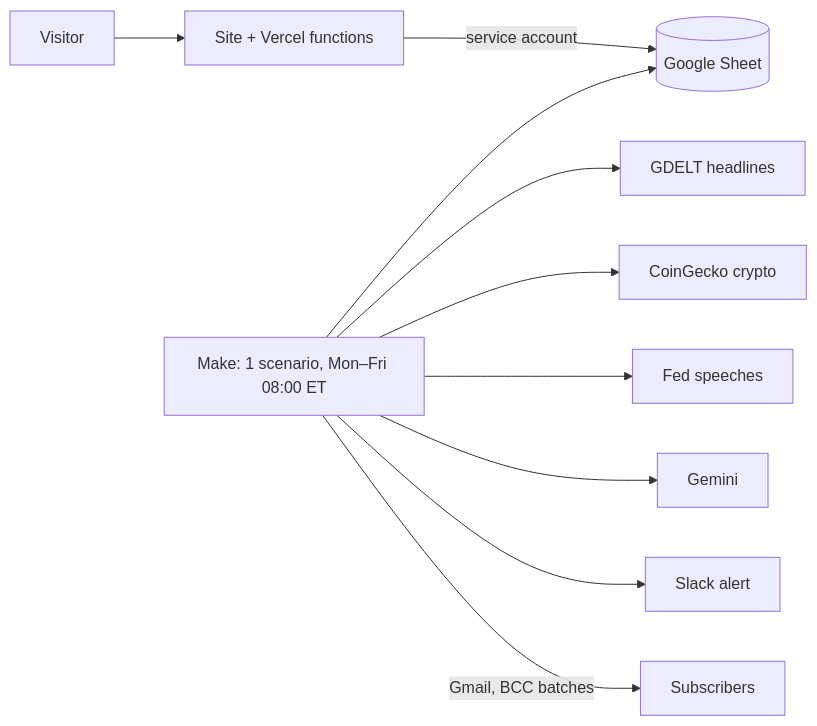
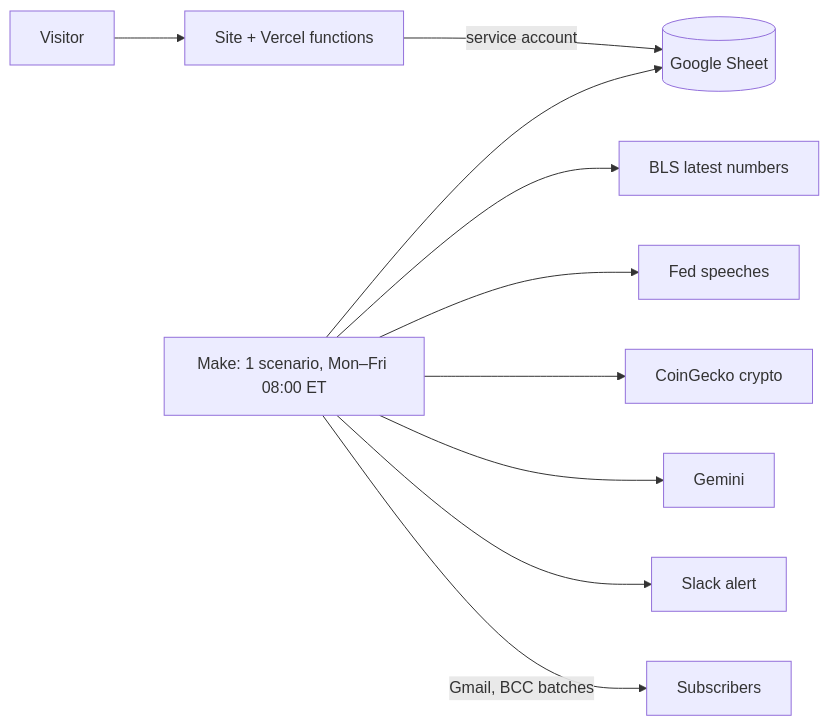
The diagram in README.md (notm33na/morningmarket), drawn with Mermaid before and after one commit. The commit also changed other lines of this file and 26 other files, not shown here.

First line of the commit message:
Redesign as Fed, BLS data and crypto brief (no headlines)

````diff
--- a/README.md
+++ b/README.md
@@ -25,7 +27,7 @@
 ```mermaid
 flowchart LR
   V[Visitor] --> S[Site + Vercel functions] -->|service account| G[(Google Sheet)]
   M[Make: 1 scenario, Mon–Fri 08:00 ET] --> G
-  M --> N[GDELT headlines] & C[CoinGecko crypto] & FR[Fed speeches] & AI[Gemini] & SL[Slack alert]
+  M --> B[BLS latest numbers] & FR[Fed speeches] & C[CoinGecko crypto] & AI[Gemini] & SL[Slack alert]
   M -->|Gmail, BCC batches| R[Subscribers]
 ```
````
